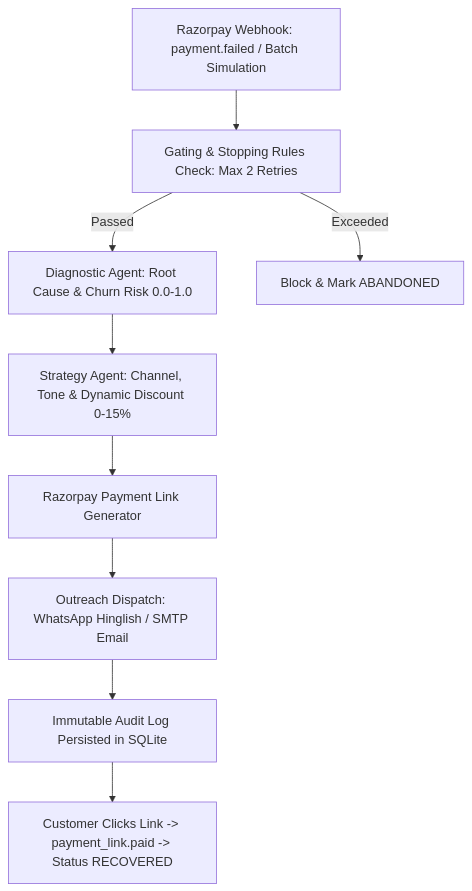
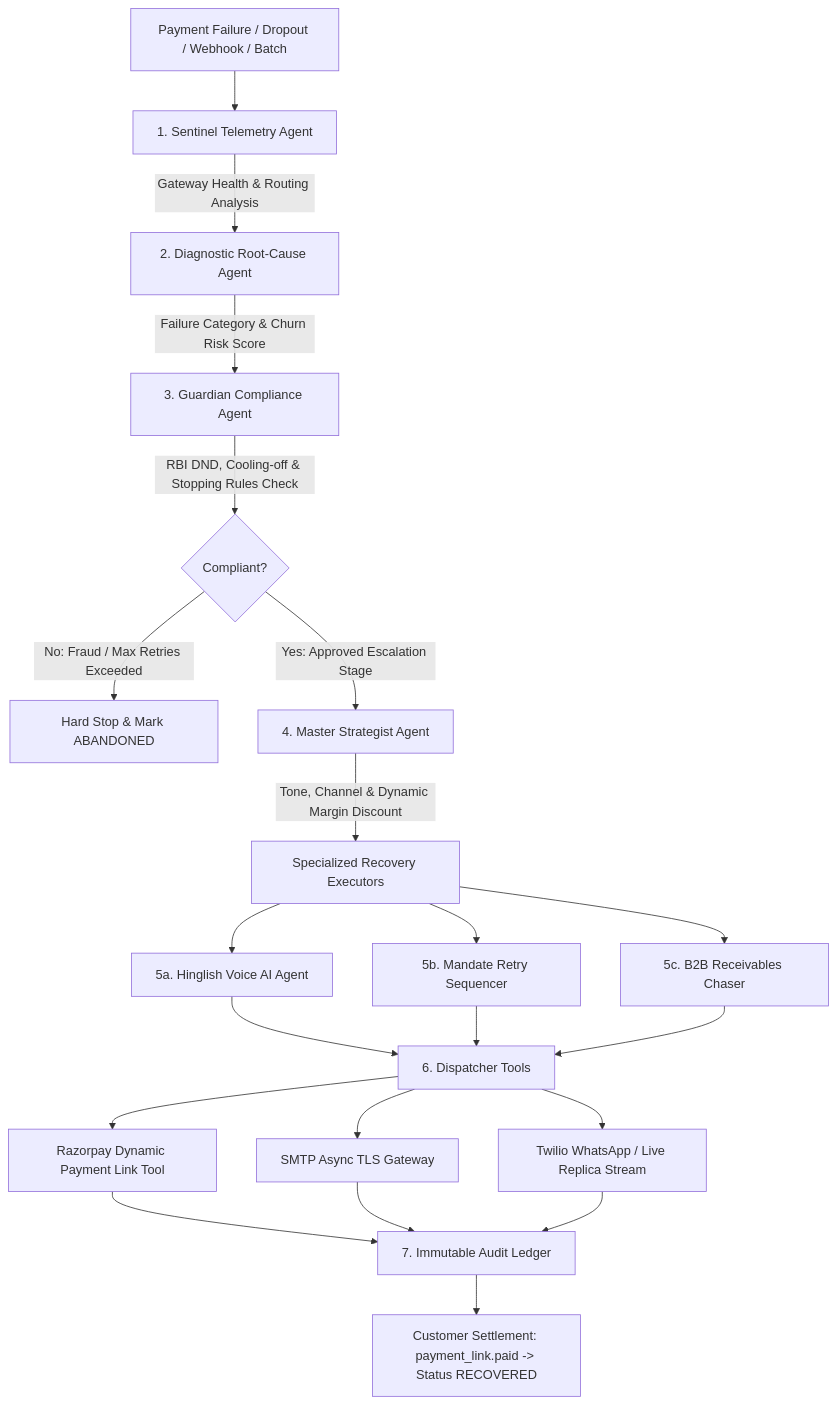
The diagram in README.md (dakshshah2099/Shark-Recovery), drawn with Mermaid before and after one commit. The commit also changed other lines of this file, not shown here.

Commit message:
docs(readme): create exhaustive system architecture and feature documentation

````diff
--- a/README.md
+++ b/README.md
@@ -21,11 +32,28 @@
 ```mermaid
 graph TD
-    A[Razorpay Webhook: payment.failed / Batch Simulation] --> B[Gating & Stopping Rules Check: Max 2 Retries]
-    B -->|Passed| C[Diagnostic Agent: Root Cause & Churn Risk 0.0-1.0]
-    B -->|Exceeded| G[Block & Mark ABANDONED]
-    C --> D[Strategy Agent: Channel, Tone & Dynamic Discount 0-15%]
-    D --> E[Razorpay Payment Link Generator]
-    E --> F[Outreach Dispatch: WhatsApp Hinglish / SMTP Email]
-    F --> H[Immutable Audit Log Persisted in SQLite]
-    H --> I[Customer Clicks Link -> payment_link.paid -> Status RECOVERED]
+    A[Payment Failure / Dropout / Webhook / Batch] --> B[1. Sentinel Telemetry Agent]
+    B -->|Gateway Health & Routing Analysis| C[2. Diagnostic Root-Cause Agent]
+    C -->|Failure Category & Churn Risk Score| D[3. Guardian Compliance Agent]
+    D -->|RBI DND, Cooling-off & Stopping Rules Check| E{Compliant?}
+    E -->|No: Fraud / Max Retries Exceeded| F[Hard Stop & Mark ABANDONED]
+    E -->|Yes: Approved Escalation Stage| G[4. Master Strategist Agent]
+    G -->|Tone, Channel & Dynamic Margin Discount| H[Specialized Recovery Executors]
+    
+    H --> H1[5a. Hinglish Voice AI Agent]
+    H --> H2[5b. Mandate Retry Sequencer]
+    H --> H3[5c. B2B Receivables Chaser]
+    
+    H1 --> I[6. Dispatcher Tools]
+    H2 --> I
+    H3 --> I
+    
+    I --> I1[Razorpay Dynamic Payment Link Tool]
+    I --> I2[SMTP Async TLS Gateway]
+    I --> I3[Twilio WhatsApp / Live Replica Stream]
+    
+    I1 --> J[7. Immutable Audit Ledger]
+    I2 --> J
+    I3 --> J
+    
+    J --> K[Customer Settlement: payment_link.paid -> Status RECOVERED]
 ```
````
